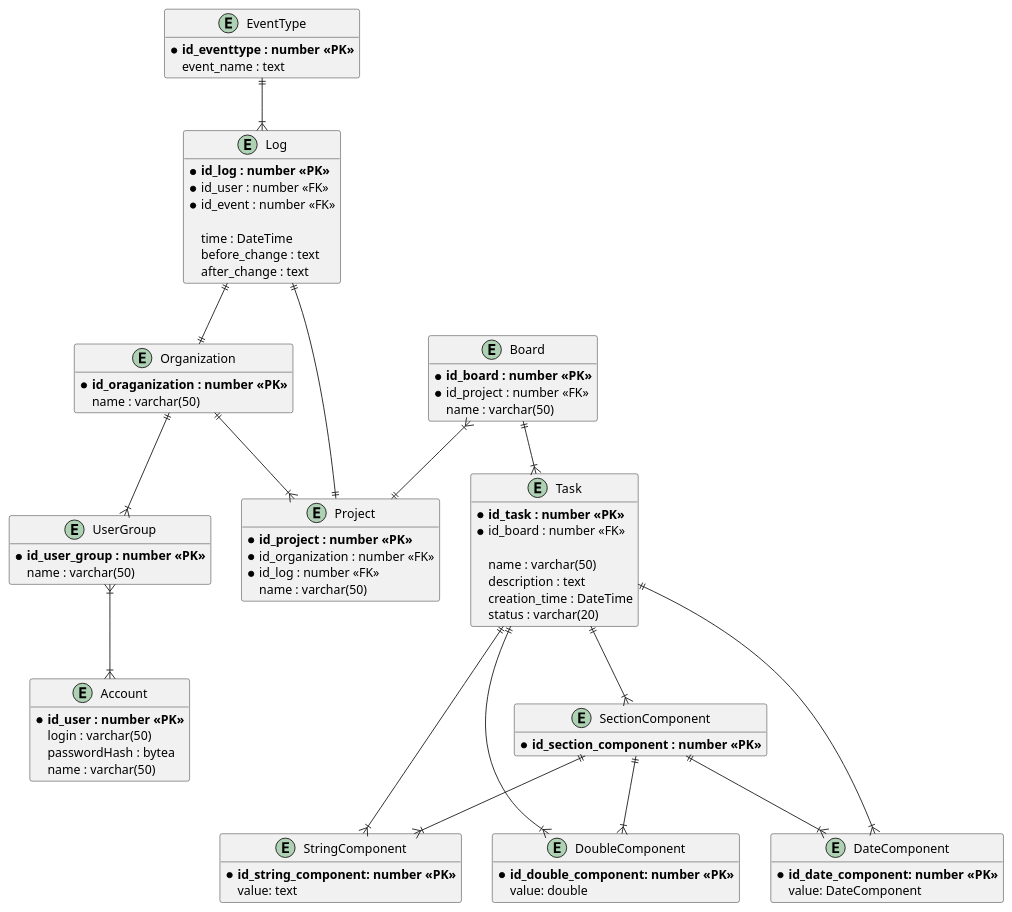
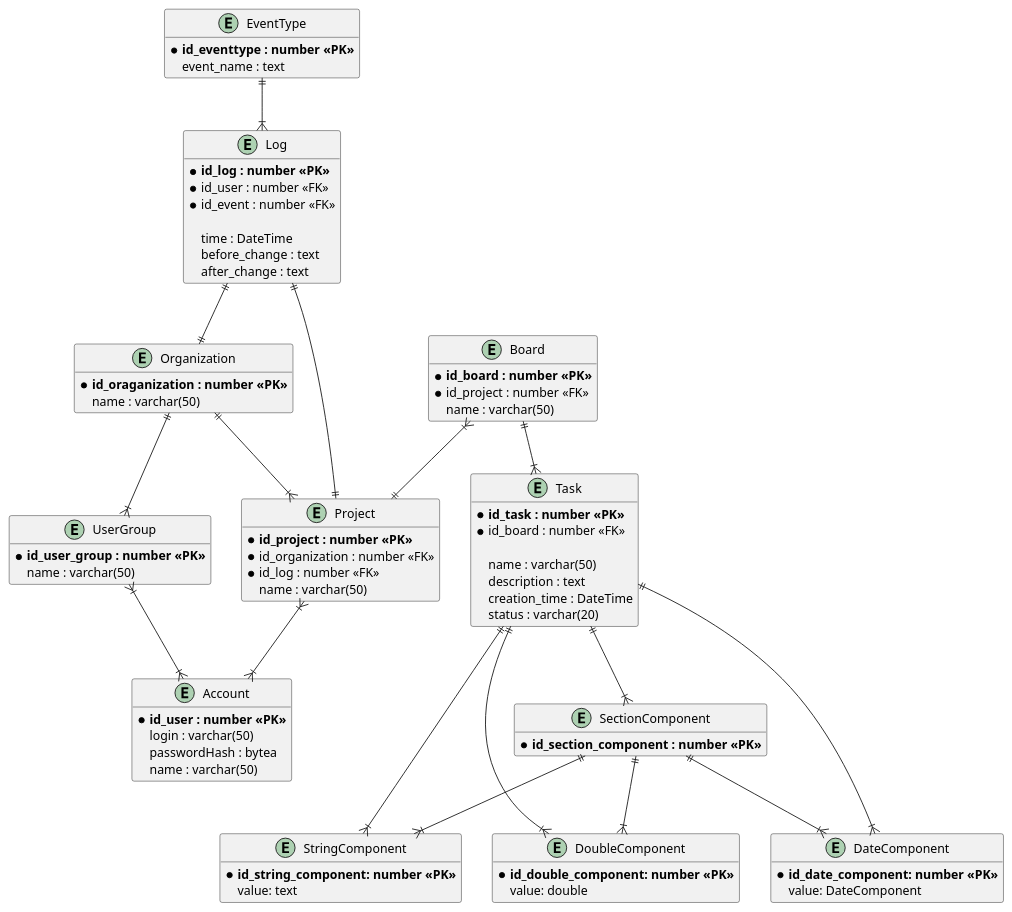
Before and after one commit to HandsAndKeyboards/TFlic: the diagram in doc/diagrams/database er.puml, drawn with PlantUML.

Commit message:
добавлена пропущенная ассоциация между сущностями Account и Project

```diff
--- a/doc/diagrams/database er.puml
+++ b/doc/diagrams/database er.puml
@@ -1,112 +1,113 @@
 @startuml "Диаграмма сущностей TFlick"
 'https://plantuml.com/class-diagram
 
 hide methods
 
 ''''''''''''''''DEFAULT''''''''''''
 
 entity Account {
     * **id_user : number <<PK>>**
     {field} login : varchar(50)
     {field} passwordHash : bytea
     {field} name : varchar(50)
 }   
 
 entity UserGroup {
     * **id_user_group : number <<PK>>**
     {field} name : varchar(50)
 }
 UserGroup }|--|{ Account
 
 entity Organization {
     * **id_oraganization : number <<PK>>**
     {field} name : varchar(50)
 }
 Organization ||--|{ UserGroup
 
 entity Project {
     * **id_project : number <<PK>>**
     * id_organization : number <<FK>>
     * id_log : number <<FK>>
     {field} name : varchar(50)
 }
 Organization ||--|{ Project
+Project }|--|{ Account
 
 entity Board {
     * **id_board : number <<PK>>**
     * id_project : number <<FK>>
     {field} name : varchar(50)
 } 
 
 Board }|--|| Project
 
 entity Task {
     * **id_task : number <<PK>>**
     * id_board : number <<FK>>
 
     {field} name : varchar(50)
     description : text
     creation_time : DateTime
     {field} status : varchar(20)
 }
 Board ||--|{ Task
 
 ''''''''''''''''COMPONENTS''''''''''''
 
 entity SectionComponent
 {
     * **id_section_component : number <<PK>>**
 
 }
 Task||--|{ SectionComponent
 
 
 entity StringComponent
 {
     * **id_string_component: number <<PK>>**
     value: text
 }
 Task ||--|{ StringComponent
 SectionComponent ||--|{ StringComponent
 
 entity DoubleComponent
 {
     * **id_double_component: number <<PK>>**
     value: double
 }
 Task ||--|{ DoubleComponent 
 SectionComponent ||--|{ DoubleComponent
 
 
 entity DateComponent
 {
     * **id_date_component: number <<PK>>**
     value: DateComponent
 }
 
 Task ||--|{ DateComponent
 SectionComponent ||--|{ DateComponent
 
 
 ''''''''''''''''LOGGING'''''''''''''
 
 entity Log {
     * **id_log : number <<PK>>**
     * id_user : number <<FK>>
     * id_event : number <<FK>>
 
     time : DateTime 
     before_change : text
     after_change : text
 }
 
 entity EventType {
     * **id_eventtype : number <<PK>>**
     event_name : text
 }
 
 EventType ||--|{ Log
 Log ||--|| Organization
 Log ||--|| Project
 
 @enduml
```
